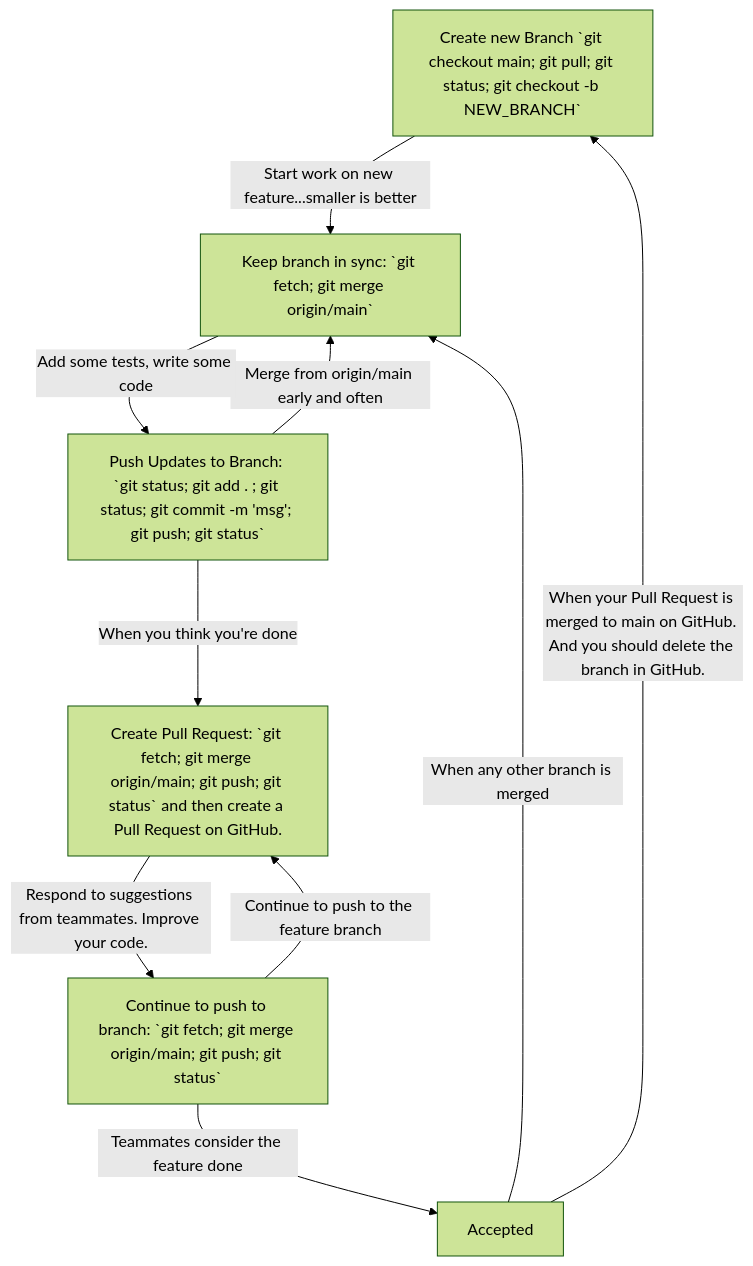
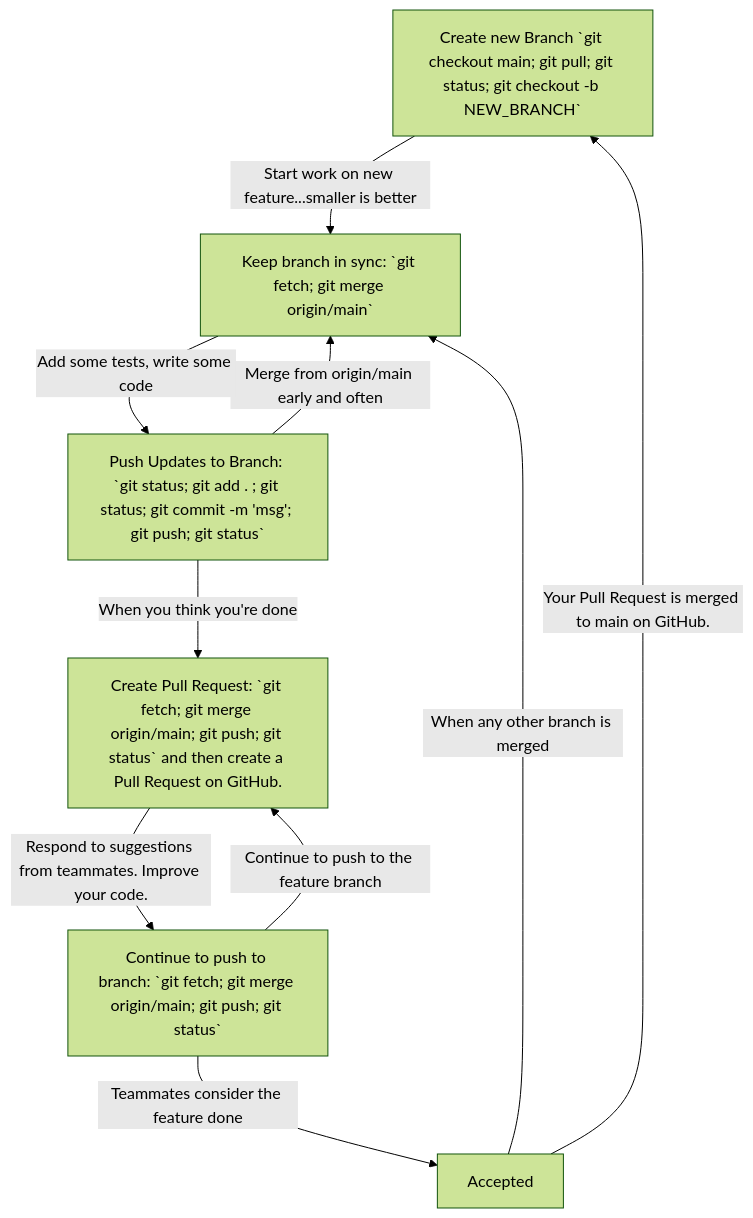
One commit to Billy-Spearman-WCCI/RaceCarExtension changed the third of 3 diagrams in README.md. Above: the diagram before and after it, drawn with Mermaid (forest theme).

Commit message:
Concision

````diff
--- a/README.md
+++ b/README.md
@@ -1765,12 +1765,12 @@
 ```mermaid
 graph TB 
 CreateBranch["Create new Branch `git checkout main; git pull; git status; git checkout -b NEW_BRANCH`"] --> |Start work on new feature...smaller is better| Sync["Keep branch in sync: `git fetch; git merge origin/main`"]
 UpdateBranch["Push Updates to Branch: `git status; git add . ; git status; git commit -m 'msg'; git push; git status`"] --> |Merge from origin/main early and often| Sync
 UpdateBranch-->|When you think you're done| CreatePR["Create Pull Request: `git fetch; git merge origin/main; git push; git status` and then create a Pull Request on GitHub."] 
 Sync --> |Add some tests, write some code| UpdateBranch
 CreatePR --> |Respond to suggestions from teammates. Improve your code.| UpdateBranch2["Continue to push to branch: `git fetch; git merge origin/main; git push; git status`"]
 UpdateBranch2 --> |Teammates consider the feature done| Accepted
-Accepted --> |When your Pull Request is merged to main on GitHub. And you should delete the branch in GitHub.| CreateBranch
+Accepted --> |Your Pull Request is merged to main on GitHub.| CreateBranch
 Accepted --> |When any other branch is merged| Sync
 UpdateBranch2 --> |Continue to push to the feature branch| CreatePR
 ```
````
